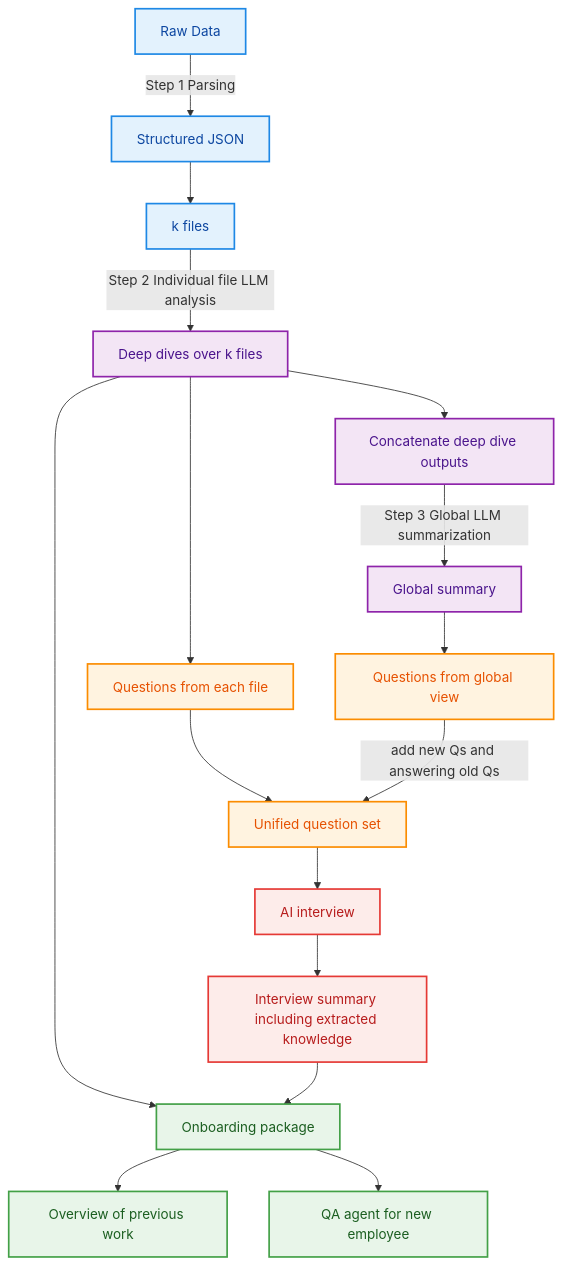
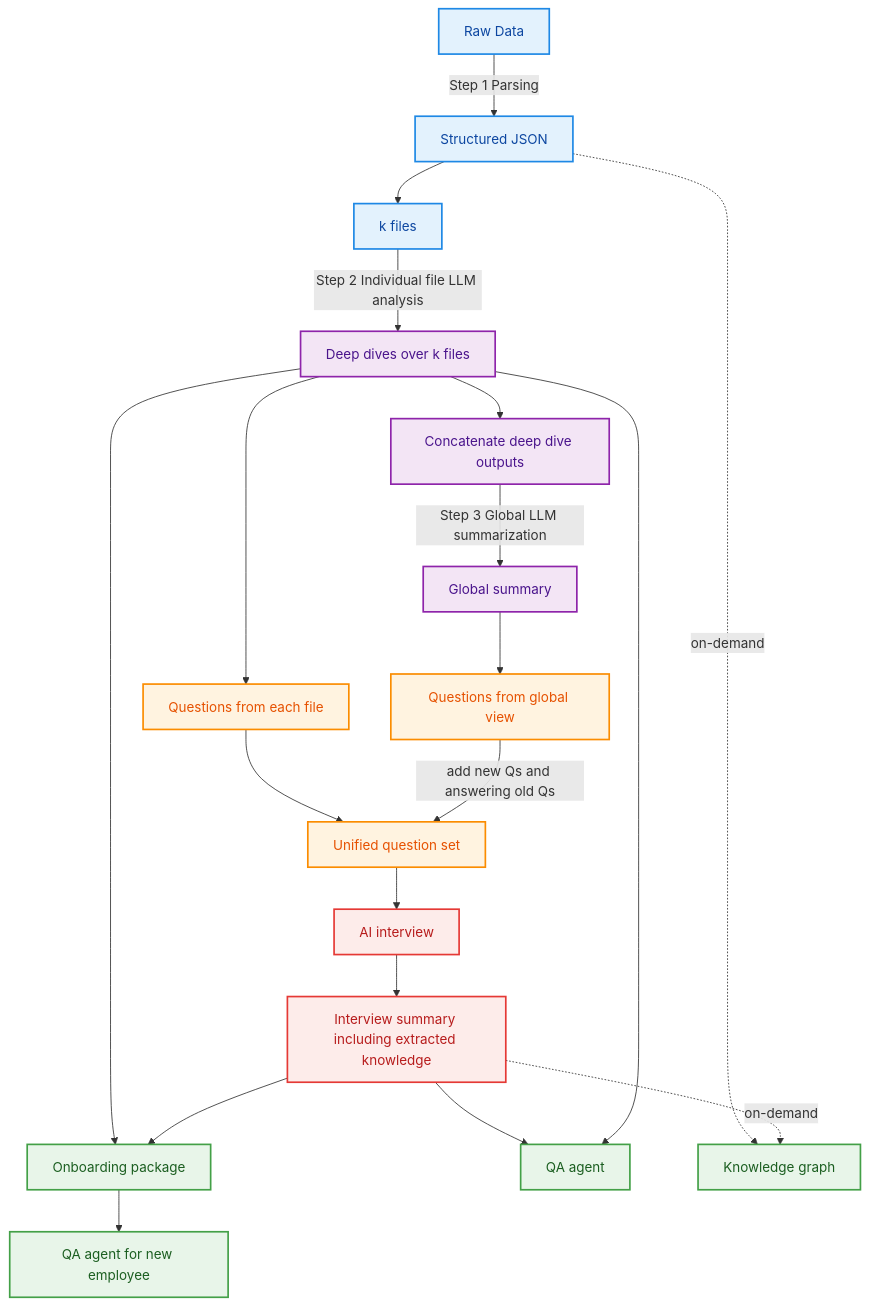
Before and after one commit to ericaezhou/golden_gate: the diagram in docs/implementation_design.md, drawn with Mermaid. The commit also changed other lines of this file and 2 other files, not shown here.

````diff
--- a/docs/implementation_design.md
+++ b/docs/implementation_design.md
@@ -43,55 +48,59 @@
 ```mermaid
 flowchart TD
 
   A[Raw Data] -->|Step 1 Parsing| B[Structured JSON]
 
   B --> C[k files]
   C -->|Step 2 Individual file LLM analysis| D[Deep dives over k files]
 
   %% Deep dives branch
   D --> Q1[Questions from each file]
   D --> E[Concatenate deep dive outputs]
   D --> K[Onboarding package]
 
   %% Global reasoning path
   E -->|Step 3 Global LLM summarization| F[Global summary]
   F --> Q2[Questions from global view]
 
   %% Merge question sources
   Q1 --> M[Unified question set]
   Q2 -->|add new Qs and answering old Qs| M
 
   %% Interview
   M --> I[AI interview]
   I --> J[Interview summary including extracted knowledge]
 
-  %% Enrich onboarding package
+  %% New connections from interview summary
   J --> K
+  J --> O[QA agent]
+  D --> O
 
   %% Final outputs
-  K --> L[Overview of previous work]
   K --> N[QA agent for new employee]
 
+  %% Knowledge graph (onboarding side, on-demand)
+  B -.->|on-demand| P[Knowledge graph]
+  J -.->|on-demand| P
 
   %% ===== Styling =====
 
   %% Backend (blue)
   classDef backend fill:#E3F2FD,stroke:#1E88E5,stroke-width:2px,color:#0D47A1;
   class A,B,C backend;
 
   %% Deep dive reasoning (purple)
   classDef reasoning fill:#F3E5F5,stroke:#8E24AA,stroke-width:2px,color:#4A148C;
   class D,E,F reasoning;
 
   %% Question generation (orange)
   classDef questions fill:#FFF3E0,stroke:#FB8C00,stroke-width:2px,color:#E65100;
   class Q1,Q2,M questions;
 
   %% Interview (red)
   classDef interview fill:#FDECEA,stroke:#E53935,stroke-width:2px,color:#B71C1C;
   class I,J interview;
 
   %% Onboarding outputs (green)
   classDef onboarding fill:#E8F5E9,stroke:#43A047,stroke-width:2px,color:#1B5E20;
-  class K,L,N onboarding;
+  class K,L,N,O,P onboarding;
 ```
````
